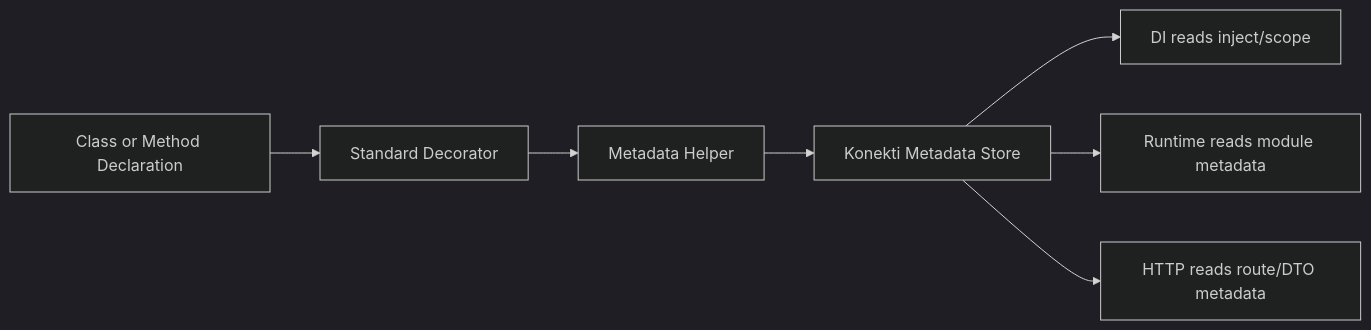
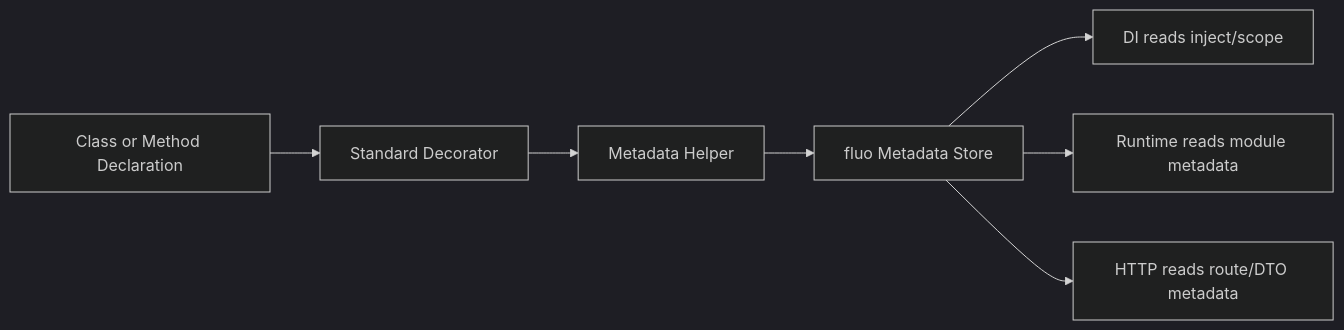
The diagram in book/chapters/chapter-06-standard-decorators-and-metadata.md (fluojs/fluo), drawn with Mermaid (dark theme) before and after one commit. The commit also changed other lines of this file and 203 other files, not shown here.

````diff
--- a/book/chapters/chapter-06-standard-decorators-and-metadata.md
+++ b/book/chapters/chapter-06-standard-decorators-and-metadata.md
@@ -23,9 +23,9 @@
 ```mermaid
 flowchart LR
   A[Class or Method Declaration] --> B[Standard Decorator]
   B --> C[Metadata Helper]
-  C --> D[Konekti Metadata Store]
+  C --> D[fluo Metadata Store]
   D --> E[DI reads inject/scope]
   D --> F[Runtime reads module metadata]
   D --> G[HTTP reads route/DTO metadata]
 ```
````
